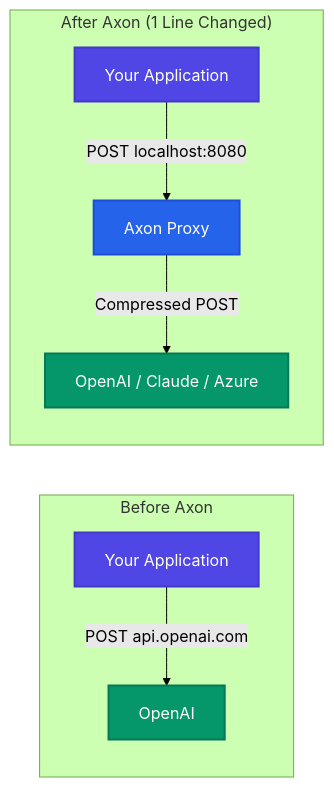
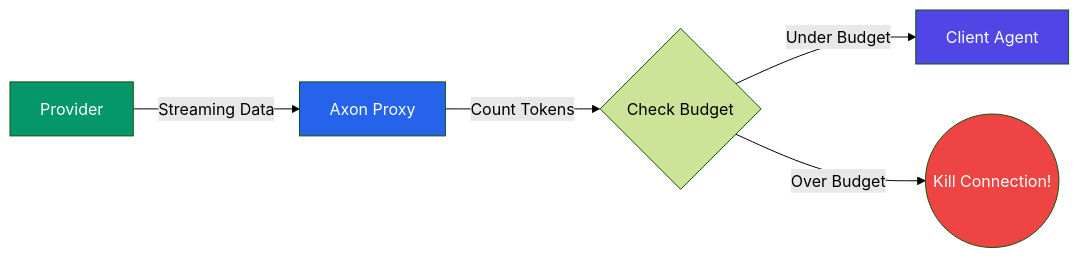
The second of 3 diagrams in README.md (chaitanya-sharmaa/axon), drawn with Mermaid (forest theme) before and after one commit. The commit also changed other lines of this file, not shown here.

Commit message:
docs: Combine use cases, diagrams, and Axon vs No Axon tables into master README

````diff
--- a/README.md
+++ b/README.md
@@ -271,15 +54,12 @@
 ```mermaid
 graph LR
-    subgraph "Before Axon"
-        App1["Your Application"]:::app -->|"POST api.openai.com"| OpenAI1["OpenAI"]:::provider
-    end
-
-    subgraph "After Axon (1 Line Changed)"
-        App2["Your Application"]:::app -->|"POST localhost:8080"| AxonProxy["Axon Proxy"]:::axon
-        AxonProxy -->|"Compressed POST"| OpenAI2["OpenAI / Claude / Azure"]:::provider
-    end
+    LLM[Provider]:::llm -->|Streaming Data| Axon[Axon Proxy]:::axon
+    Axon -->|Count Tokens| Calc{Check Budget}
+    Calc -->|Under Budget| App[Client Agent]:::app
+    Calc -->|Over Budget| Kill((Kill Connection!)):::error
     
-    classDef app fill:#4f46e5,stroke:#4338ca,color:#fff,stroke-width:2px
-    classDef axon fill:#2563eb,stroke:#1d4ed8,color:#fff,stroke-width:2px
-    classDef provider fill:#059669,stroke:#047857,color:#fff,stroke-width:2px
+    classDef llm fill:#059669,color:#fff
+    classDef axon fill:#2563eb,color:#fff
+    classDef app fill:#4f46e5,color:#fff
+    classDef error fill:#ef4444,color:#fff
 ```
````
